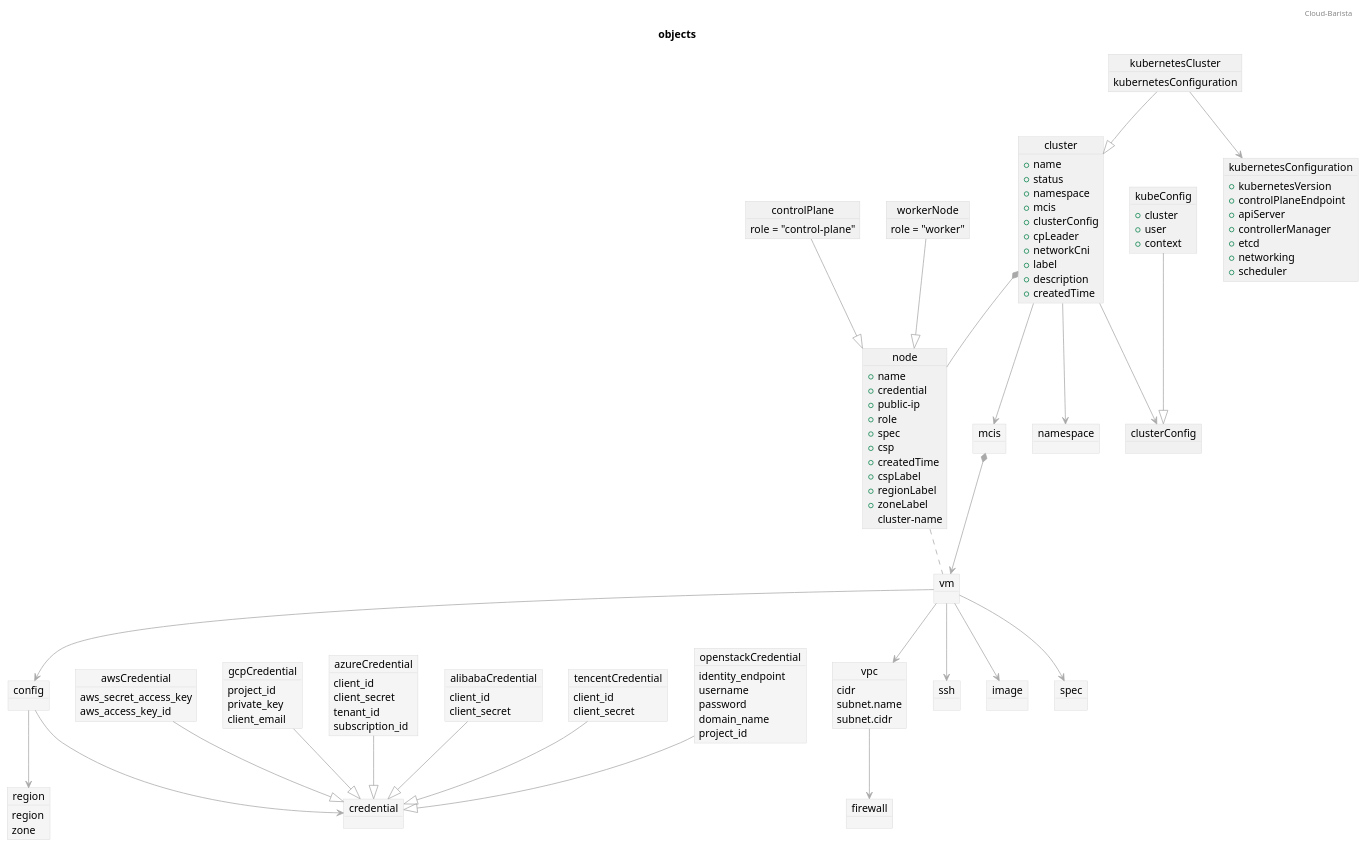
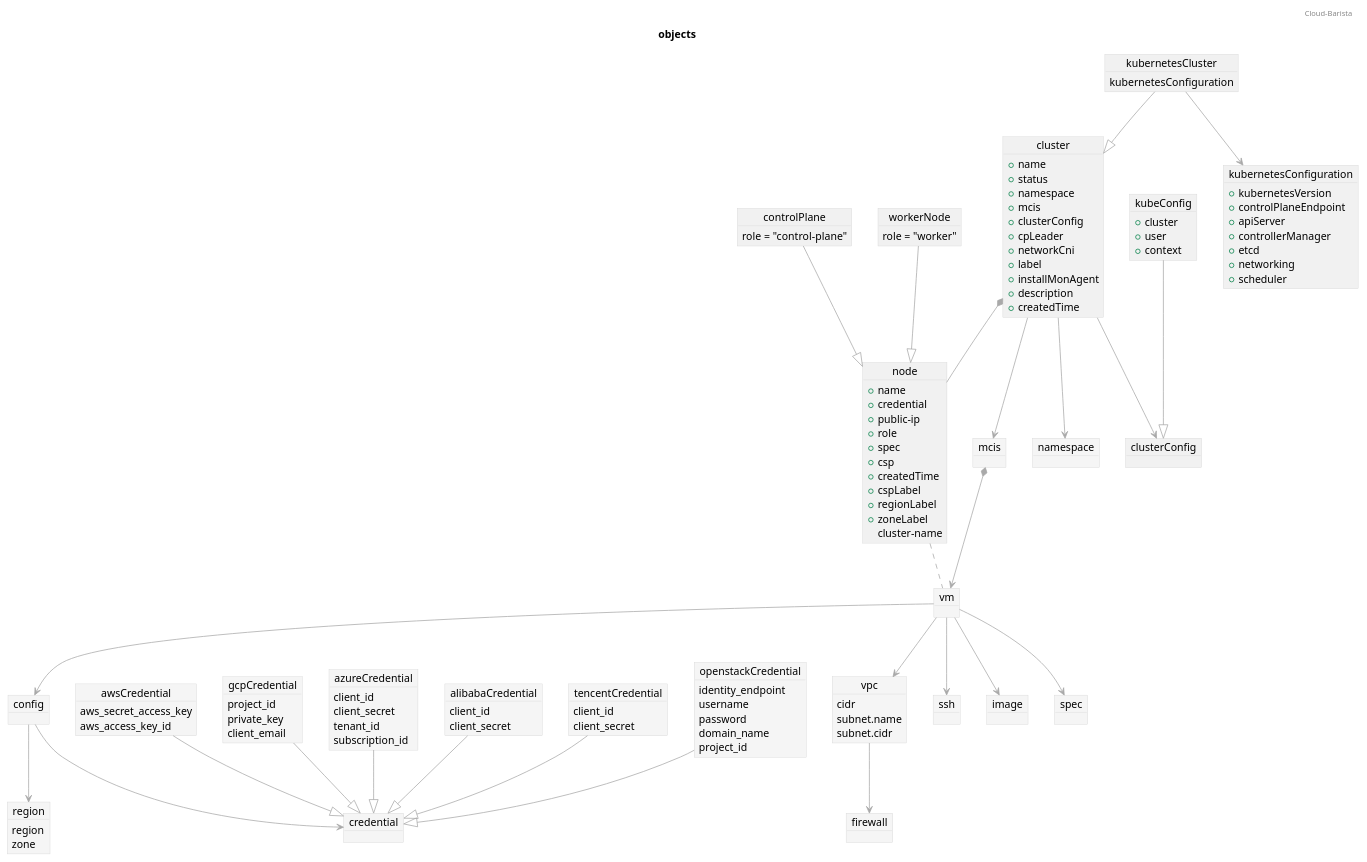
Before and after one commit to cloud-barista/cb-ladybug: the diagram in docs/design/objects.puml, drawn with PlantUML. The commit also changed 11 other files, not shown here.

Commit message:
feat:installMonAgent parameter add

```diff
--- a/docs/design/objects.puml
+++ b/docs/design/objects.puml
@@ -1,179 +1,180 @@
 @startuml
 
 header Cloud-Barista
 title objects
 skinparam object {
 	' backgroundColor	GreenYellow
 	ArrowColor		DarkGray
 	BorderColor		LightGray
 }
 
 ' # spider ----------------
 object region #WhiteSmoke {
 	region
 	zone
 }
 object credential #WhiteSmoke {
 }
 object awsCredential #WhiteSmoke {
 	aws_secret_access_key
 	aws_access_key_id
 }
 object gcpCredential #WhiteSmoke {
 	project_id
 	private_key
 	client_email
 }
 object azureCredential #WhiteSmoke {
 	client_id
 	client_secret
 	tenant_id	
 	subscription_id
 }
 object alibabaCredential #WhiteSmoke {
 	client_id
 	client_secret
 }
 object tencentCredential #WhiteSmoke {
 	client_id
 	client_secret
 }
 object openstackCredential #WhiteSmoke {
 	identity_endpoint
 	username
 	password
 	domain_name
 	project_id
 }
 
 object config #WhiteSmoke {
 }
 object vm #WhiteSmoke {
 }
 ' }
 awsCredential	--|>	credential
 gcpCredential	--|>	credential
 azureCredential	--|>	credential
 alibabaCredential	--|>	credential
 tencentCredential	--|>	credential
 openstackCredential	--|>	credential
 config			-->		credential
 config			-->		region
 
 ' # tumblebug ----------------
 object namespace #WhiteSmoke {
 }
 object vpc #WhiteSmoke {
 	cidr
 	subnet.name
 	subnet.cidr
 }
 object firewall #WhiteSmoke {
 }
 object ssh #WhiteSmoke {
 }
 object image #WhiteSmoke {
 }
 object spec #WhiteSmoke {
 }
 object mcis #WhiteSmoke {
 }
 
 vpc		-->		firewall
 vm		-->		vpc
 vm		-->		config
 vm		-->		ssh
 vm		-->		image
 vm		-->		spec
 mcis	*-->	vm
 
 
 ' # mcks ----------------
 object cluster {
 	+name
 	+status
 	+namespace
 	+mcis
 	+clusterConfig
 	+cpLeader
 	+networkCni
 	+label
+	+installMonAgent
 	+description
 	+createdTime
 }
 object kubernetesCluster {
 	kubernetesConfiguration
 }
 
 object kubernetesConfiguration {
 	+kubernetesVersion
 	+controlPlaneEndpoint
 	+apiServer
 	+controllerManager
 	+etcd
 	+networking
 	+scheduler
 }
 object node  {
 	+name
 	+credential
 	+public-ip
 	+role
 	+spec
 	+csp
 	+createdTime
 	+cspLabel
 	+regionLabel
 	+zoneLabel
 	cluster-name
 }
 object controlPlane  {
 	role = "control-plane"
 }
 object workerNode  {
 	role = "worker"
 }
 
 controlPlane	--|>	node
 workerNode		--|>	node
 
 
 object clusterConfig  {
 }
 
 object kubeConfig  {
 	+cluster
 	+user
 	+context
 }
 
 cluster		-->	 	namespace
 cluster		*--		node
 cluster		-->		mcis
 cluster		-->		clusterConfig
 
 kubernetesCluster	--|>	cluster
 kubernetesCluster	-->		kubernetesConfiguration
 node				..		vm
 
 kubeConfig		--|>	clusterConfig
 
 
 '' # mcks controller ----------------
 'object clusterDeployment #GreenYellow {
 '	+namespace
 '	+mcis
 '	+controlPlaneCount
 '	+wokrerCount
 '}
 'object nodeSet #GreenYellow {
 '	+replicas
 '}
 
 
 'clusterDeployment	-->		cluster
 'clusterDeployment	..>		mcis
 'nodeSet				*-->	node
 'nodeSet				..		clusterDeployment
 
 @enduml
```
